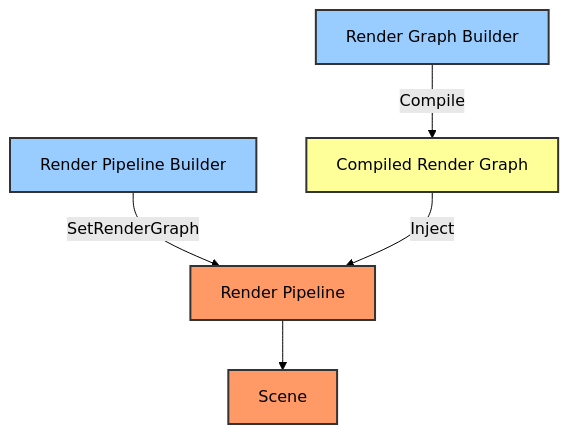
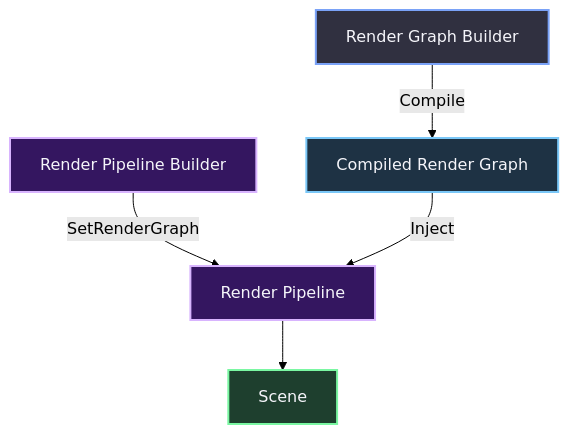
The third of 3 diagrams in content/Engine shit/O3DE/Atomic/3 API Ergonomics (Fluent Interfaces & Builders).md (Astin-A/the-workshop), drawn with Mermaid (forest theme) before and after one commit. The commit also changed other lines of this file and 24 other files, not shown here.

````diff
--- a/content/Engine shit/O3DE/Atomic/3 API Ergonomics (Fluent Interfaces & Builders).md
+++ b/content/Engine shit/O3DE/Atomic/3 API Ergonomics (Fluent Interfaces & Builders).md
@@ -246,13 +253,18 @@
 ```mermaid
 graph TD
     A[Render Graph Builder] -->|Compile| B[Compiled Render Graph]
     C[Render Pipeline Builder] -->|SetRenderGraph| D[Render Pipeline]
     B -->|Inject| D
     D --> E[Scene]
 
-    style A fill:#9cf,stroke:#333,stroke-width:2px,color:#000
-    style B fill:#ff9,stroke:#333,stroke-width:2px,color:#000
-    style C fill:#9cf,stroke:#333,stroke-width:2px,color:#000
-    style D fill:#f96,stroke:#333,stroke-width:2px,color:#000
-    style E fill:#f96,stroke:#333,stroke-width:2px,color:#000
+    classDef default fill:#303040,stroke:#7aa2f7,stroke-width:2px,color:#f5f5fa;
+    classDef info fill:#1e3244,stroke:#7ac7f7,stroke-width:2px,color:#f5f5fa;
+    classDef highlight fill:#341660,stroke:#d8b4fe,stroke-width:2px,color:#f5f5fa;
+    classDef success fill:#1e3f2e,stroke:#7af7a2,stroke-width:2px,color:#f5f5fa;
+
+    class A default;
+    class B info;
+    class C highlight;
+    class D highlight;
+    class E success;
 ```
````
